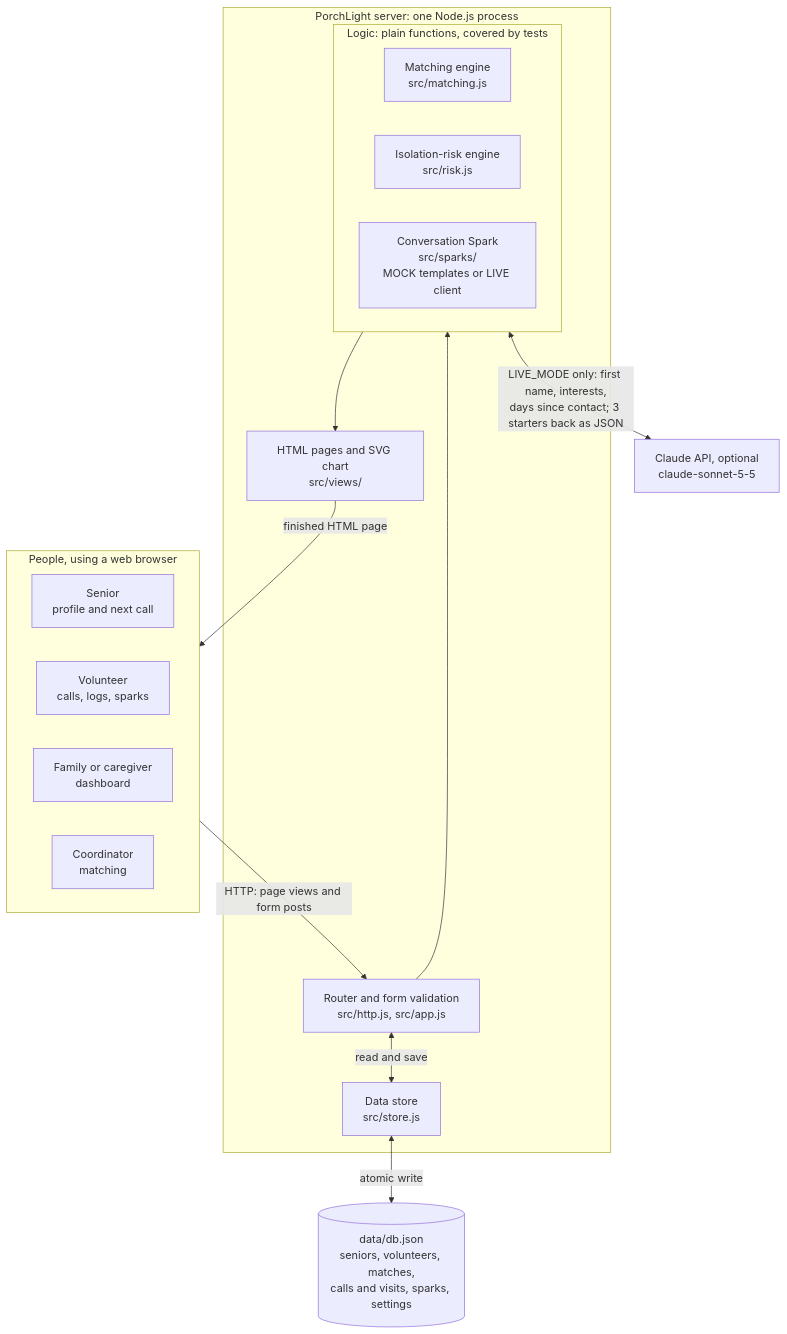
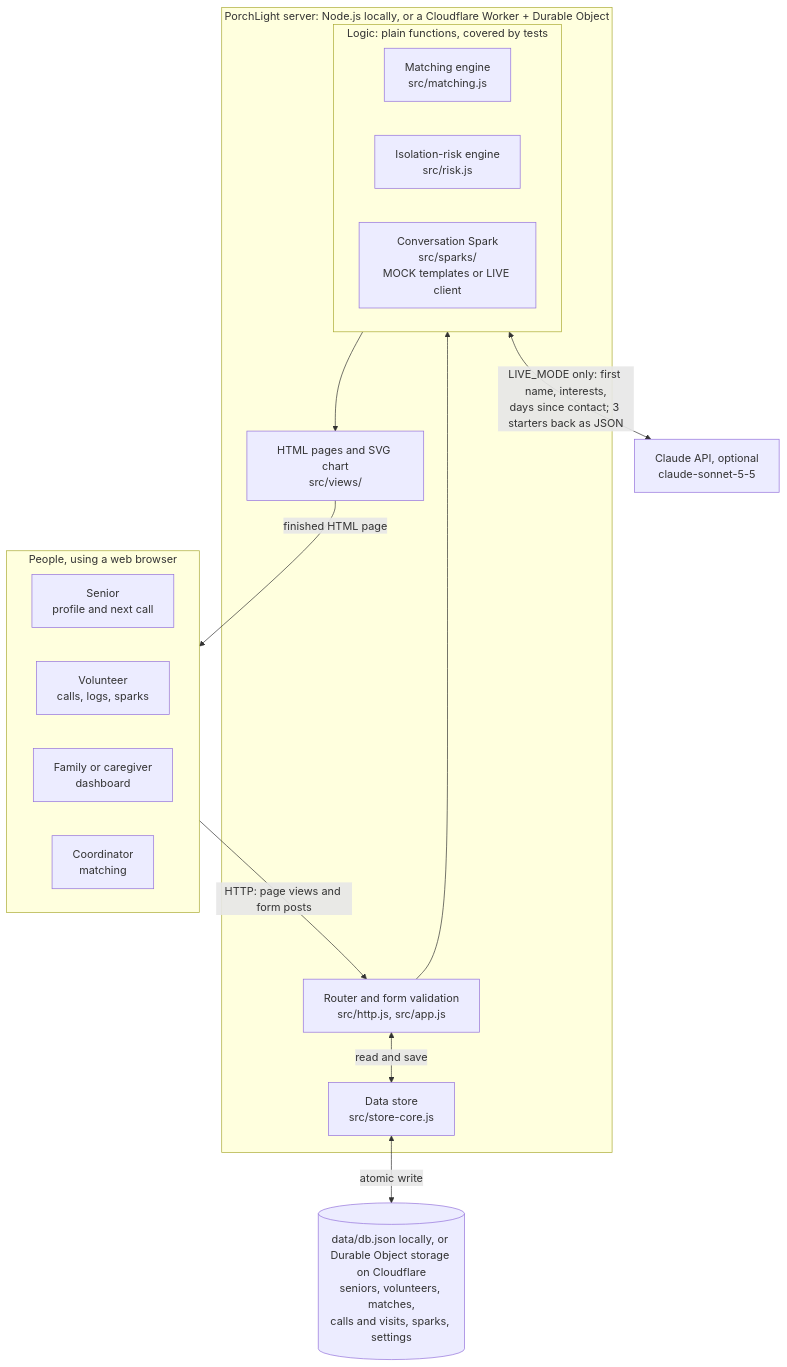
The first of 5 diagrams in docs/architecture-diagram.md (CyberCoder-bit/PorchLight), drawn with Mermaid before and after one commit. The commit also changed other lines of this file and 27 other files, not shown here.

First line of the commit message:
Run PorchLight on Cloudflare Workers as well as Node

````diff
--- a/docs/architecture-diagram.md
+++ b/docs/architecture-diagram.md
@@ -7,33 +7,33 @@
 ```mermaid
 flowchart TB
   subgraph People["People, using a web browser"]
     direction LR
     SEN["Senior<br/>profile and next call"]
     VOL["Volunteer<br/>calls, logs, sparks"]
     FAM["Family or caregiver<br/>dashboard"]
     COO["Coordinator<br/>matching"]
   end
 
-  subgraph Server["PorchLight server: one Node.js process"]
+  subgraph Server["PorchLight server: Node.js locally, or a Cloudflare Worker + Durable Object"]
     ROUTER["Router and form validation<br/>src/http.js, src/app.js"]
     subgraph Engines["Logic: plain functions, covered by tests"]
       direction LR
       MATCH["Matching engine<br/>src/matching.js"]
       RISK["Isolation-risk engine<br/>src/risk.js"]
       SPARK["Conversation Spark<br/>src/sparks/<br/>MOCK templates or LIVE client"]
     end
     VIEWS["HTML pages and SVG chart<br/>src/views/"]
-    STORE["Data store<br/>src/store.js"]
+    STORE["Data store<br/>src/store-core.js"]
   end
 
-  DB[("data/db.json<br/>seniors, volunteers, matches,<br/>calls and visits, sparks, settings")]
+  DB[("data/db.json locally, or Durable Object storage on Cloudflare<br/>seniors, volunteers, matches,<br/>calls and visits, sparks, settings")]
   CLAUDE["Claude API, optional<br/>claude-sonnet-5-5"]
 
   People -->|"HTTP: page views and form posts"| ROUTER
   ROUTER --> Engines
   Engines --> VIEWS
   VIEWS -->|"finished HTML page"| People
   ROUTER <-->|"read and save"| STORE
   STORE <-->|"atomic write"| DB
   SPARK <-->|"LIVE_MODE only: first name, interests,<br/>days since contact; 3 starters back as JSON"| CLAUDE
 ```
````
